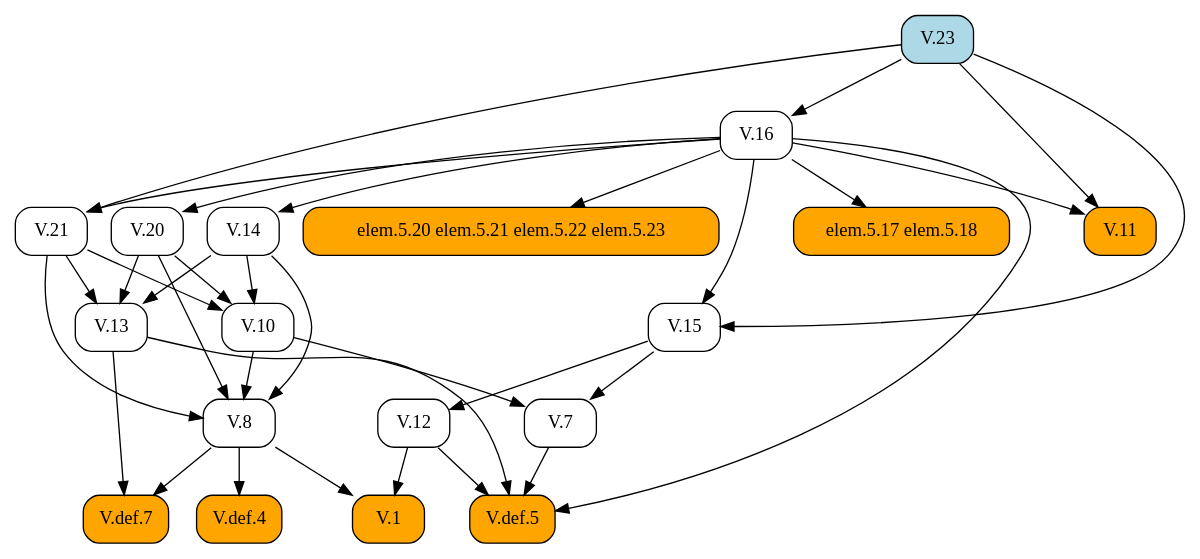
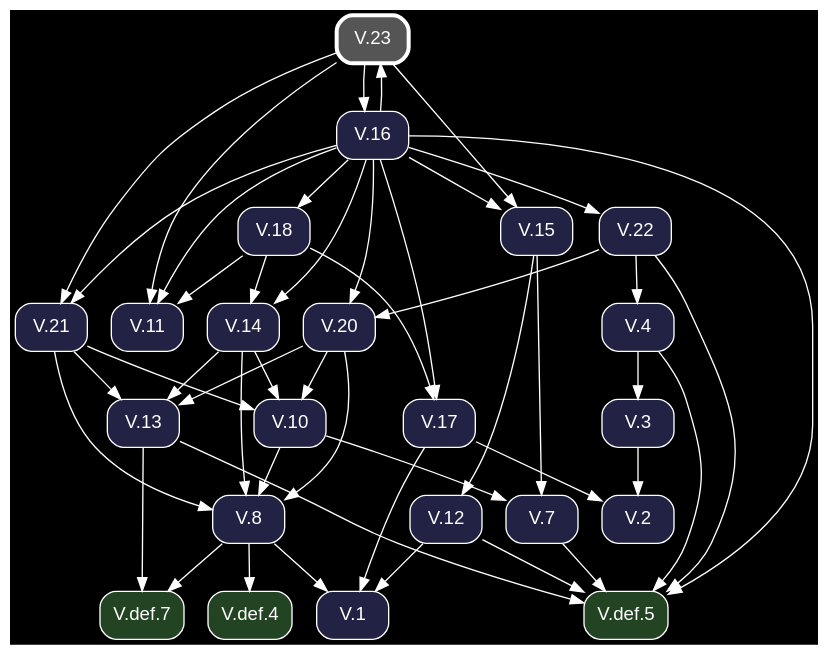
The diagram in docsrc/heath/V/23/index.rst (geometor/elements), drawn with Graphviz before and after one commit. The commit also changed other lines of this file and 1200 other files, not shown here.

Commit message:
update dependency graphs

```diff
--- a/docsrc/heath/V/23/index.rst
+++ b/docsrc/heath/V/23/index.rst
@@ -111,57 +111,76 @@
 .. graphviz::
 
    digraph {
+     bgcolor="black";
+     node [shape=box, style="rounded,filled", fontname="Helvetica", color="white", fontcolor="white"];
+     edge [color="white", fontcolor="white"];
      rankdir="TB";
-     node [shape=box, style=rounded];
-     "V.16" [URL="/heath/V/16/", target="_top"];
-     "V.def.7" [style="rounded,filled", fillcolor=orange, URL="/heath/V/def.7/", target="_top"];
-     "V.21" [URL="/heath/V/21/", target="_top"];
-     "V.13" [URL="/heath/V/13/", target="_top"];
-     "V.7" [URL="/heath/V/7/", target="_top"];
-     "elem.5.17 elem.5.18" [style="rounded,filled", fillcolor=orange];
-     "V.14" [URL="/heath/V/14/", target="_top"];
-     "V.def.5" [style="rounded,filled", fillcolor=orange, URL="/heath/V/def.5/", target="_top"];
-     "V.8" [URL="/heath/V/8/", target="_top"];
-     "V.10" [URL="/heath/V/10/", target="_top"];
-     "V.1" [style="rounded,filled", fillcolor=orange, URL="/heath/V/1/", target="_top"];
-     "V.23" [style="rounded,filled", fillcolor=lightblue, URL="/heath/V/23/", target="_top"];
-     "V.20" [URL="/heath/V/20/", target="_top"];
-     "V.15" [URL="/heath/V/15/", target="_top"];
-     "V.11" [style="rounded,filled", fillcolor=orange, URL="/heath/V/11/", target="_top"];
-     "elem.5.20 elem.5.21 elem.5.22 elem.5.23" [style="rounded,filled", fillcolor=orange];
-     "V.12" [URL="/heath/V/12/", target="_top"];
-     "V.def.4" [style="rounded,filled", fillcolor=orange, URL="/heath/V/def.4/", target="_top"];
-     "V.23" -> "V.16";
-     "V.8" -> "V.def.7";
-     "V.13" -> "V.def.7";
-     "V.16" -> "V.21";
-     "V.23" -> "V.21";
-     "V.14" -> "V.13";
-     "V.20" -> "V.13";
-     "V.21" -> "V.13";
-     "V.10" -> "V.7";
-     "V.15" -> "V.7";
-     "V.16" -> "elem.5.17 elem.5.18";
-     "V.16" -> "V.14";
+     "V.15" [fillcolor="#222244", URL="/heath/V/15/", target="_top"];
+     "V.def.5" [fillcolor="#224422", URL="/heath/V/def.5/", target="_top"];
+     "V.22" [fillcolor="#222244", URL="/heath/V/22/", target="_top"];
+     "V.11" [fillcolor="#222244", URL="/heath/V/11/", target="_top"];
+     "V.def.7" [fillcolor="#224422", URL="/heath/V/def.7/", target="_top"];
+     "V.12" [fillcolor="#222244", URL="/heath/V/12/", target="_top"];
+     "V.def.4" [fillcolor="#224422", URL="/heath/V/def.4/", target="_top"];
+     "V.20" [fillcolor="#222244", URL="/heath/V/20/", target="_top"];
+     "V.18" [fillcolor="#222244", URL="/heath/V/18/", target="_top"];
+     "V.14" [fillcolor="#222244", URL="/heath/V/14/", target="_top"];
+     "V.23" [penwidth=3, color="white", fillcolor="#555555", URL="/heath/V/23/", target="_top"];
+     "V.2" [fillcolor="#222244", URL="/heath/V/2/", target="_top"];
+     "V.1" [fillcolor="#222244", URL="/heath/V/1/", target="_top"];
+     "V.4" [fillcolor="#222244", URL="/heath/V/4/", target="_top"];
+     "V.13" [fillcolor="#222244", URL="/heath/V/13/", target="_top"];
+     "V.16" [fillcolor="#222244", URL="/heath/V/16/", target="_top"];
+     "V.21" [fillcolor="#222244", URL="/heath/V/21/", target="_top"];
+     "V.8" [fillcolor="#222244", URL="/heath/V/8/", target="_top"];
+     "V.7" [fillcolor="#222244", URL="/heath/V/7/", target="_top"];
+     "V.3" [fillcolor="#222244", URL="/heath/V/3/", target="_top"];
+     "V.17" [fillcolor="#222244", URL="/heath/V/17/", target="_top"];
+     "V.10" [fillcolor="#222244", URL="/heath/V/10/", target="_top"];
+     "V.16" -> "V.15";
+     "V.23" -> "V.15";
+     "V.4" -> "V.def.5";
      "V.7" -> "V.def.5";
      "V.12" -> "V.def.5";
      "V.13" -> "V.def.5";
      "V.16" -> "V.def.5";
+     "V.22" -> "V.def.5";
+     "V.16" -> "V.22";
+     "V.16" -> "V.11";
+     "V.18" -> "V.11";
+     "V.23" -> "V.11";
+     "V.8" -> "V.def.7";
+     "V.13" -> "V.def.7";
+     "V.15" -> "V.12";
+     "V.8" -> "V.def.4";
+     "V.16" -> "V.20";
+     "V.22" -> "V.20";
+     "V.16" -> "V.18";
+     "V.16" -> "V.14";
+     "V.18" -> "V.14";
+     "V.16" -> "V.23";
+     "V.3" -> "V.2";
+     "V.17" -> "V.2";
+     "V.8" -> "V.1";
+     "V.12" -> "V.1";
+     "V.17" -> "V.1";
+     "V.22" -> "V.4";
+     "V.14" -> "V.13";
+     "V.20" -> "V.13";
+     "V.21" -> "V.13";
+     "V.23" -> "V.16";
+     "V.16" -> "V.21";
+     "V.23" -> "V.21";
      "V.10" -> "V.8";
      "V.14" -> "V.8";
      "V.20" -> "V.8";
      "V.21" -> "V.8";
+     "V.10" -> "V.7";
+     "V.15" -> "V.7";
+     "V.4" -> "V.3";
+     "V.16" -> "V.17";
+     "V.18" -> "V.17";
      "V.14" -> "V.10";
      "V.20" -> "V.10";
      "V.21" -> "V.10";
-     "V.8" -> "V.1";
-     "V.12" -> "V.1";
-     "V.16" -> "V.20";
-     "V.16" -> "V.15";
-     "V.23" -> "V.15";
-     "V.16" -> "V.11";
-     "V.23" -> "V.11";
-     "V.16" -> "elem.5.20 elem.5.21 elem.5.22 elem.5.23";
-     "V.15" -> "V.12";
-     "V.8" -> "V.def.4";
    }
```
